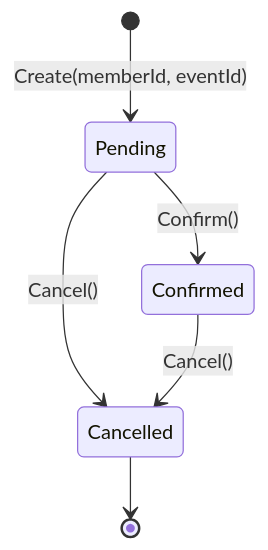
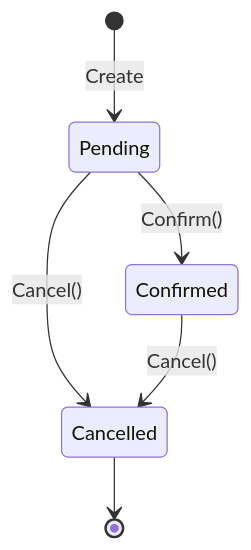
One commit to NNDiemMy/IN421109--PTPMHDT changed the first of 2 diagrams in TRA-LOI.md. Above: the diagram before and after it, drawn with Mermaid. The commit also changed other lines of this file and 7 other files, not shown here.

````diff
--- a/TRA-LOI.md
+++ b/TRA-LOI.md
@@ -49,8 +23,8 @@
 ```mermaid
 stateDiagram-v2
-    [*] --> Pending : Create(memberId, eventId)
+    [*] --> Pending : Create
     Pending --> Confirmed : Confirm()
     Pending --> Cancelled : Cancel()
     Confirmed --> Cancelled : Cancel()
     Cancelled --> [*]
 ```
````
